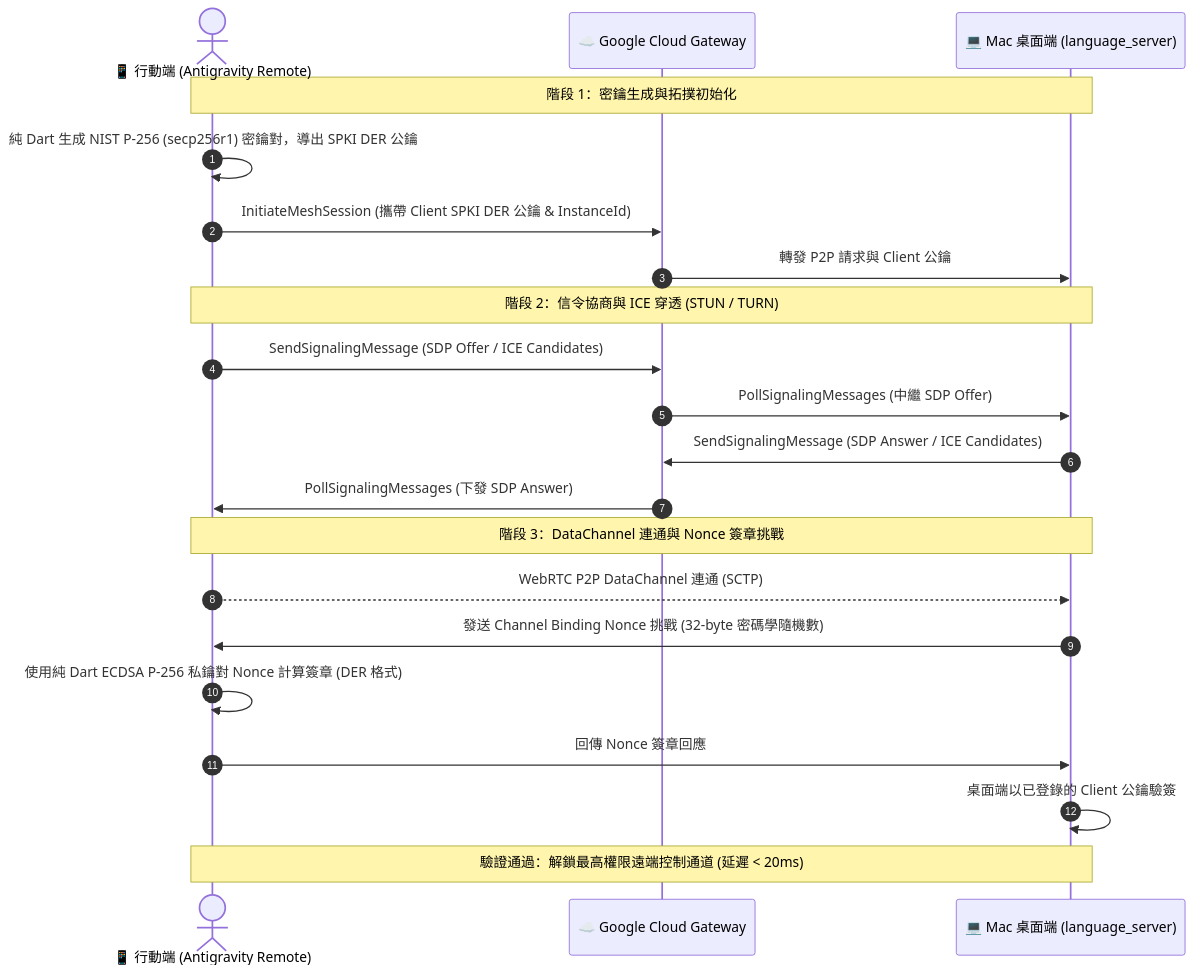
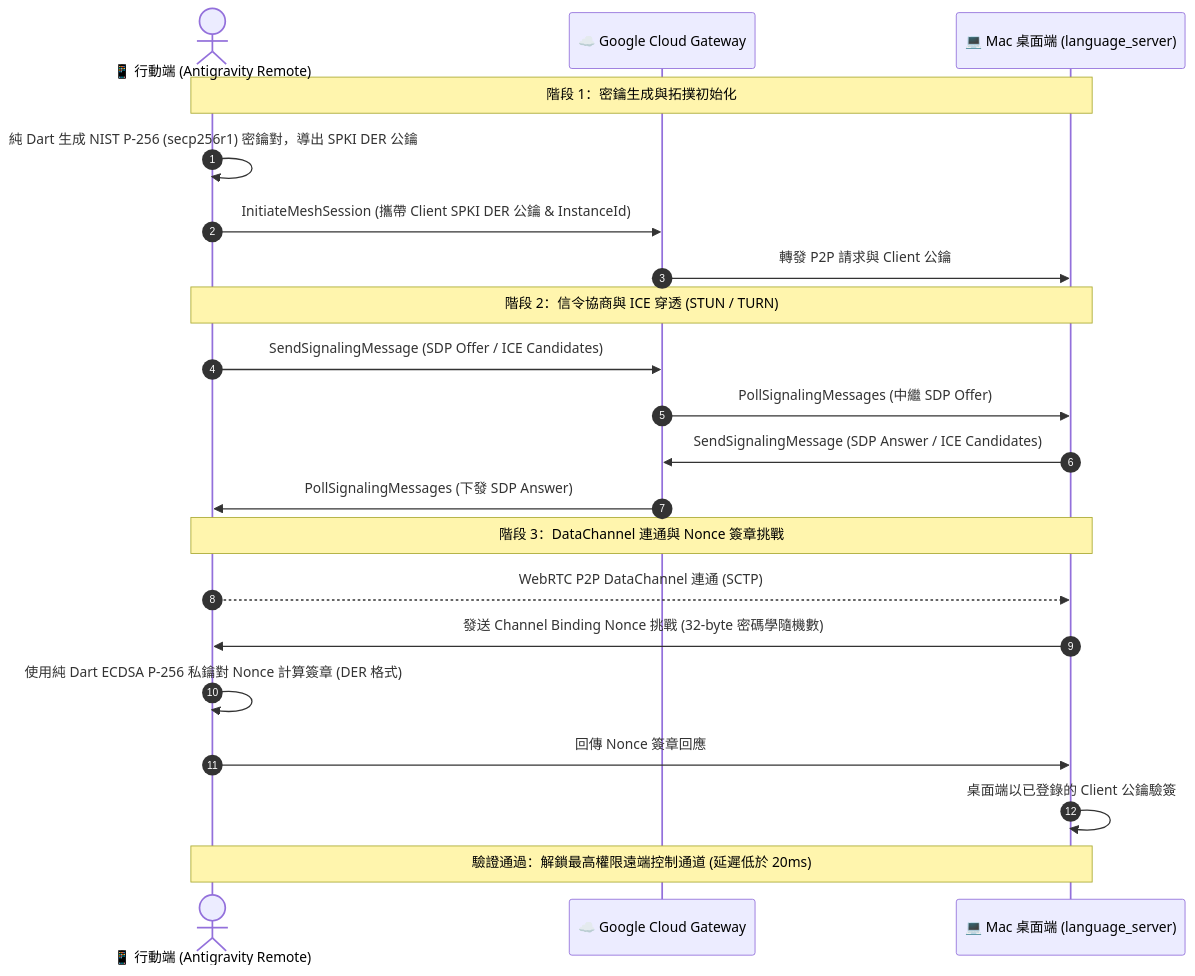
Before and after one commit to aa22396584/antigravity-remote: the second of 4 diagrams in README.md, drawn with Mermaid. The commit also changed other lines of this file and 9 other files, not shown here.

Commit message:
fix(docs): 修復目錄導航錨點、Mermaid 特殊字元與英文版層級，並更新高保真 Android 實機思考審批截圖

````diff
--- a/README.md
+++ b/README.md
@@ -165,26 +166,26 @@
 ```mermaid
 sequenceDiagram
     autonumber
     actor Client as 📱 行動端 (Antigravity Remote)
     participant Cloud as ☁️ Google Cloud Gateway
     participant Host as 💻 Mac 桌面端 (language_server)
 
     Note over Client,Host: 階段 1：密鑰生成與拓撲初始化
     Client->>Client: 純 Dart 生成 NIST P-256 (secp256r1) 密鑰對，導出 SPKI DER 公鑰
     Client->>Cloud: InitiateMeshSession (攜帶 Client SPKI DER 公鑰 & InstanceId)
     Cloud->>Host: 轉發 P2P 請求與 Client 公鑰
 
     Note over Client,Host: 階段 2：信令協商與 ICE 穿透 (STUN / TURN)
     Client->>Cloud: SendSignalingMessage (SDP Offer / ICE Candidates)
     Cloud->>Host: PollSignalingMessages (中繼 SDP Offer)
     Host->>Cloud: SendSignalingMessage (SDP Answer / ICE Candidates)
     Cloud->>Client: PollSignalingMessages (下發 SDP Answer)
 
     Note over Client,Host: 階段 3：DataChannel 連通與 Nonce 簽章挑戰
     Client-->>Host: WebRTC P2P DataChannel 連通 (SCTP)
     Host->>Client: 發送 Channel Binding Nonce 挑戰 (32-byte 密碼學隨機數)
     Client->>Client: 使用純 Dart ECDSA P-256 私鑰對 Nonce 計算簽章 (DER 格式)
     Client->>Host: 回傳 Nonce 簽章回應
     Host->>Host: 桌面端以已登錄的 Client 公鑰驗簽
-    Note over Client,Host: 驗證通過：解鎖最高權限遠端控制通道 (延遲 < 20ms)
+    Note over Client,Host: 驗證通過：解鎖最高權限遠端控制通道 (延遲低於 20ms)
 ```
````
